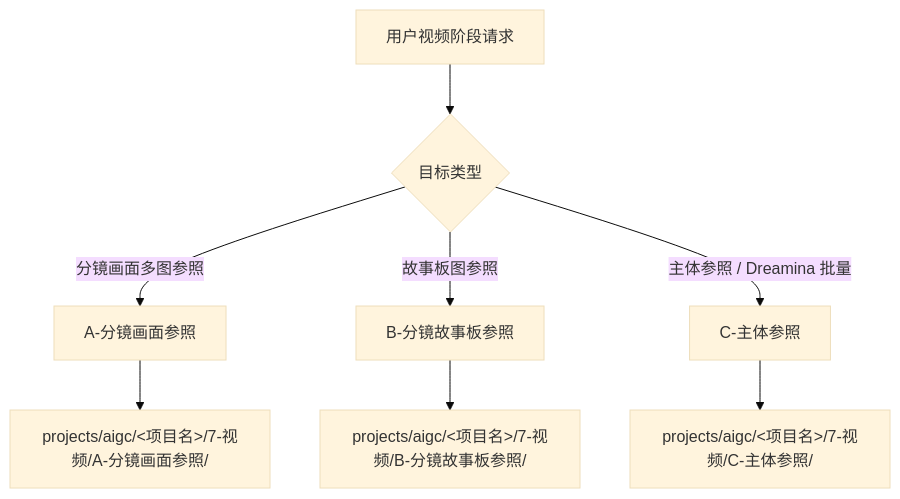
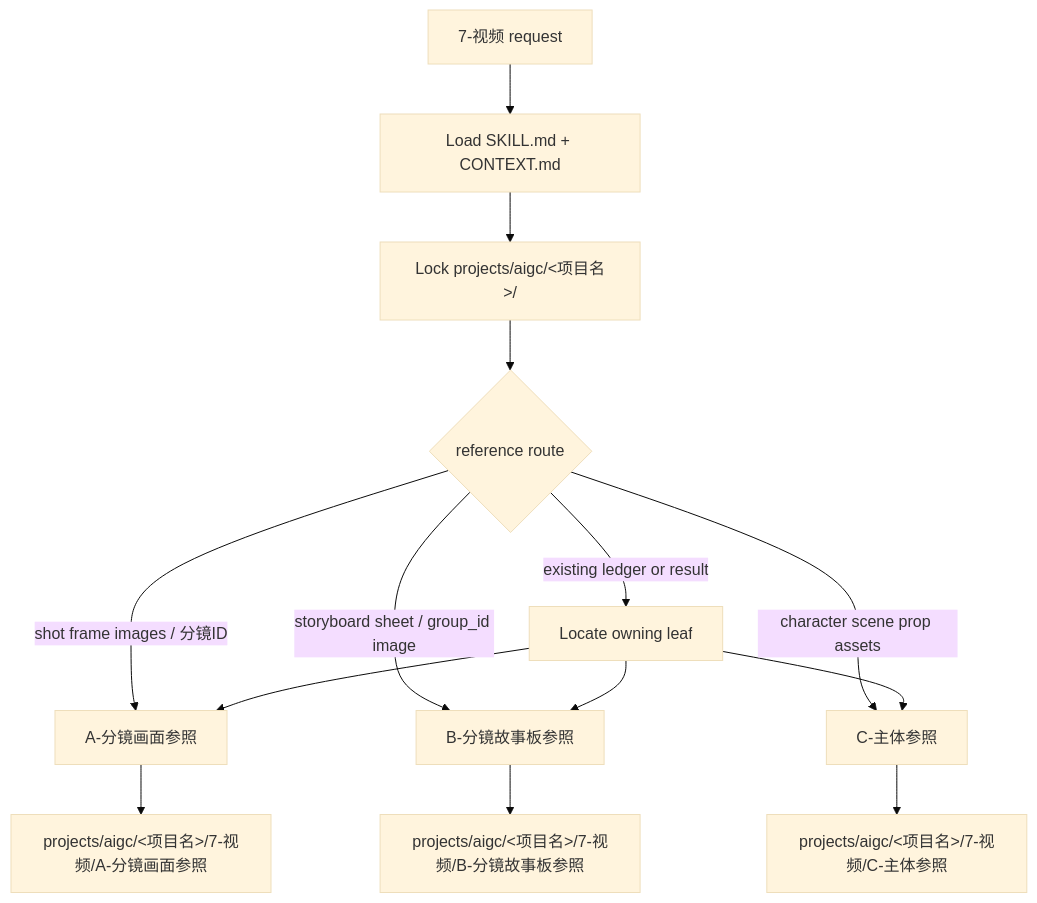
One commit to ZEN-VOID/AI-CUT changed the diagram in .agents/skills/aigc/7-视频/SKILL.md. Above: the diagram before and after it, drawn with Mermaid (base theme). The commit also changed other lines of this file and 526 other files, not shown here.

````diff
--- a/.agents/skills/aigc/7-视频/SKILL.md
+++ b/.agents/skills/aigc/7-视频/SKILL.md
@@ -66,10 +67,16 @@
 ```mermaid
 flowchart TD
-    A["用户视频阶段请求"] --> B{"目标类型"}
-    B -->|"分镜画面多图参照"| C["A-分镜画面参照"]
-    B -->|"故事板图参照"| D["B-分镜故事板参照"]
-    B -->|"主体参照 / Dreamina 批量"| E["C-主体参照"]
-    C --> F["projects/aigc/<项目名>/7-视频/A-分镜画面参照/"]
-    D --> G["projects/aigc/<项目名>/7-视频/B-分镜故事板参照/"]
-    E --> H["projects/aigc/<项目名>/7-视频/C-主体参照/"]
+    A["7-视频 request"] --> B["Load SKILL.md + CONTEXT.md"]
+    B --> C["Lock projects/aigc/<项目名>/"]
+    C --> D{"reference route"}
+    D -->|"shot frame images / 分镜ID"| E["A-分镜画面参照"]
+    D -->|"storyboard sheet / group_id image"| F["B-分镜故事板参照"]
+    D -->|"character scene prop assets"| G["C-主体参照"]
+    D -->|"existing ledger or result"| H["Locate owning leaf"]
+    E --> I["projects/aigc/<项目名>/7-视频/A-分镜画面参照"]
+    F --> J["projects/aigc/<项目名>/7-视频/B-分镜故事板参照"]
+    G --> K["projects/aigc/<项目名>/7-视频/C-主体参照"]
+    H --> E
+    H --> F
+    H --> G
 ```
````
